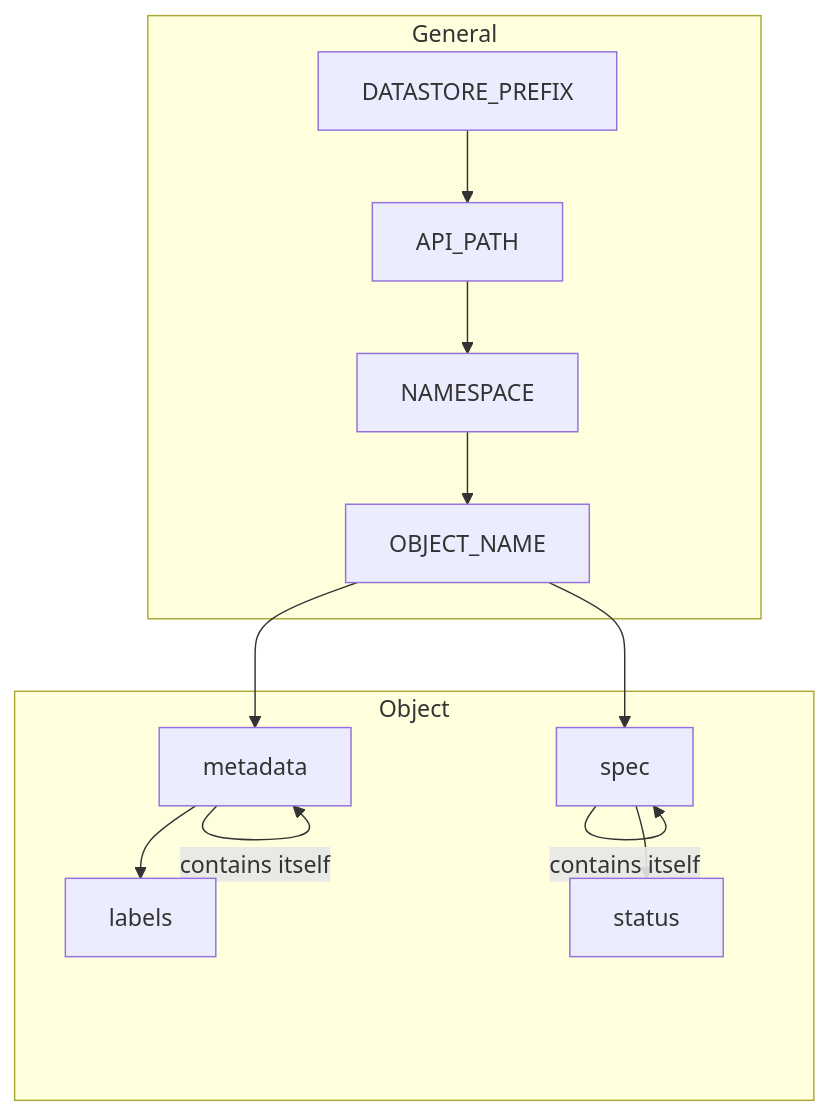
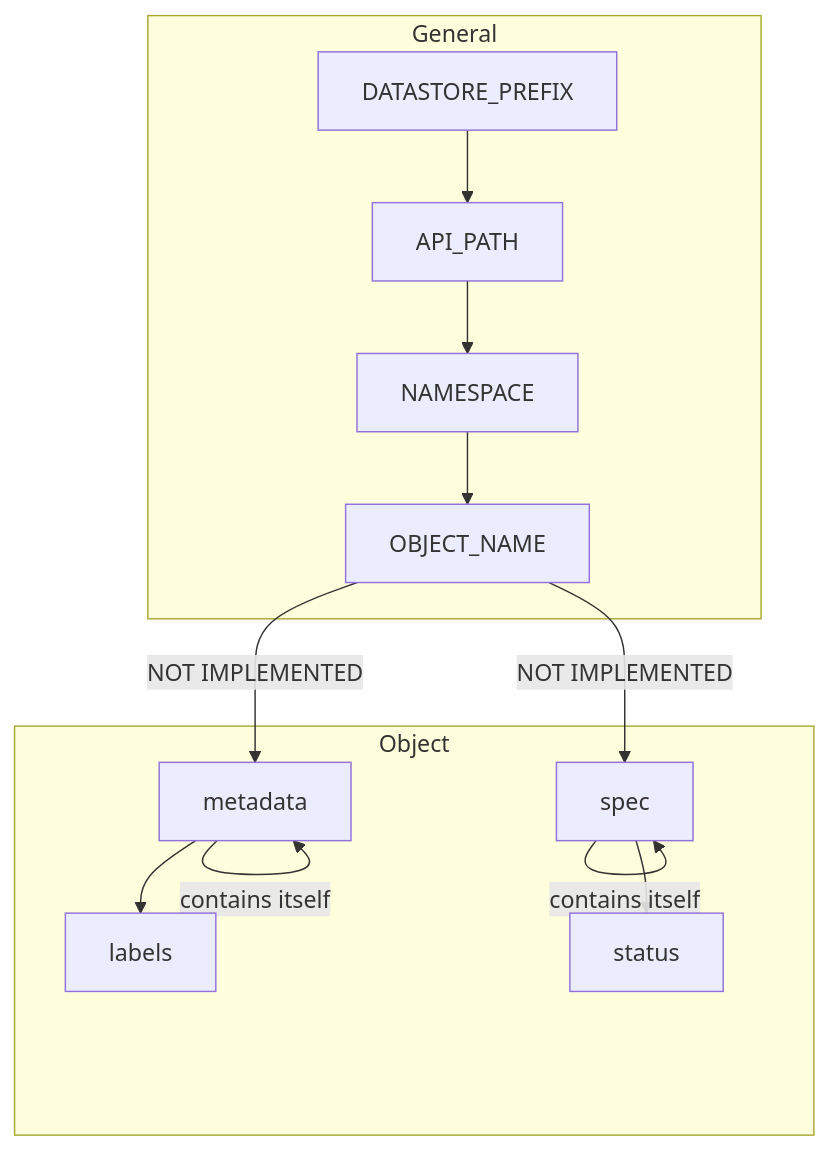
One commit to galexrt/edenconfmgmt changed the diagram in docs/design/v0.1/datastore-layout.mmd. Above: the diagram before and after it, drawn with Mermaid. The commit also changed 11 other files, not shown here.

```diff
--- a/docs/design/v0.1/datastore-layout.mmd
+++ b/docs/design/v0.1/datastore-layout.mmd
@@ -1,14 +1,14 @@
 graph TD
     subgraph General
         DATASTORE_PREFIX-->API_PATH
         API_PATH-->NAMESPACE
         NAMESPACE-->OBJECT_NAME
     end
     subgraph Object
-        OBJECT_NAME-->metadata
+        OBJECT_NAME-->|NOT IMPLEMENTED|metadata
         metadata-->labels
         metadata-->|contains itself|metadata
-        OBJECT_NAME-->spec
+        OBJECT_NAME-->|NOT IMPLEMENTED|spec
         spec-->|contains itself|spec
         spec-->status
     end
```
